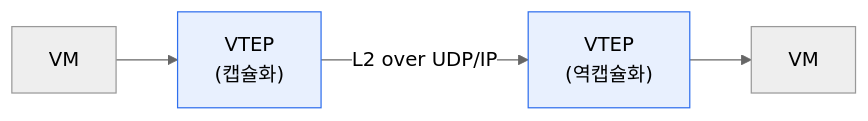
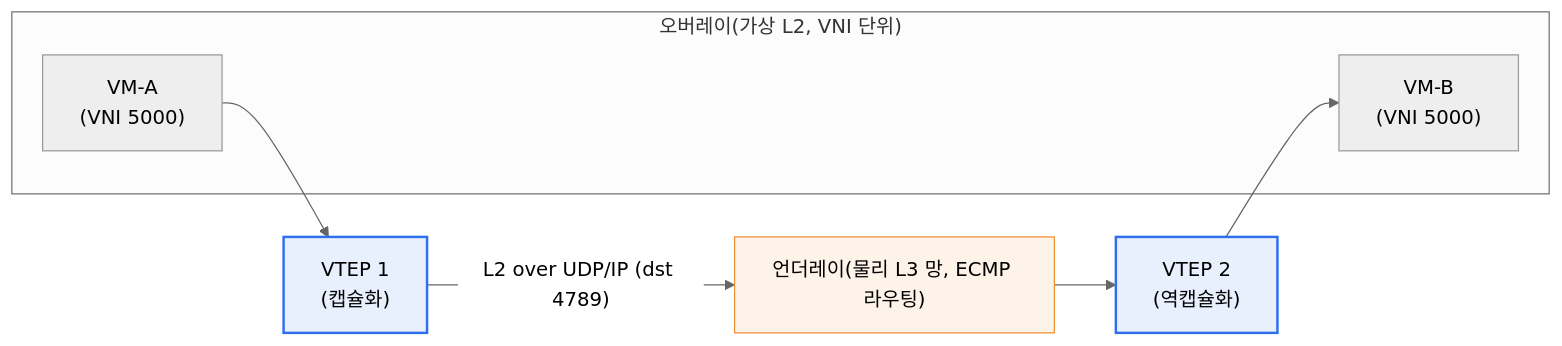
The first of 2 diagrams in content/vxlan.md (coninggu/wjdqhrhksflrltnftk), drawn with Mermaid (neutral theme) before and after one commit. The commit also changed other lines of this file and 3 other files, not shown here.

````diff
--- a/content/vxlan.md
+++ b/content/vxlan.md
@@ -15,6 +19,14 @@
 ```mermaid
 flowchart LR
-  V1[VM] --> T1["VTEP<br/>(캡슐화)"] -->|"L2 over UDP/IP"| T2["VTEP<br/>(역캡슐화)"] --> V2[VM]
-  style T1 fill:#e8f0fe,stroke:#2f6fed
-  style T2 fill:#e8f0fe,stroke:#2f6fed
+  subgraph OV["오버레이(가상 L2, VNI 단위)"]
+    V1["VM-A<br/>(VNI 5000)"]
+    V2["VM-B<br/>(VNI 5000)"]
+  end
+  V1 --> T1["VTEP 1<br/>(캡슐화)"]
+  T1 -->|"L2 over UDP/IP (dst 4789)"| UND["언더레이(물리 L3 망, ECMP 라우팅)"]
+  UND --> T2["VTEP 2<br/>(역캡슐화)"]
+  T2 --> V2
+  style T1 fill:#e8f0fe,stroke:#2f6fed,stroke-width:2px
+  style T2 fill:#e8f0fe,stroke:#2f6fed,stroke-width:2px
+  style UND fill:#fef3e8,stroke:#ed8f2f
 ```
````
